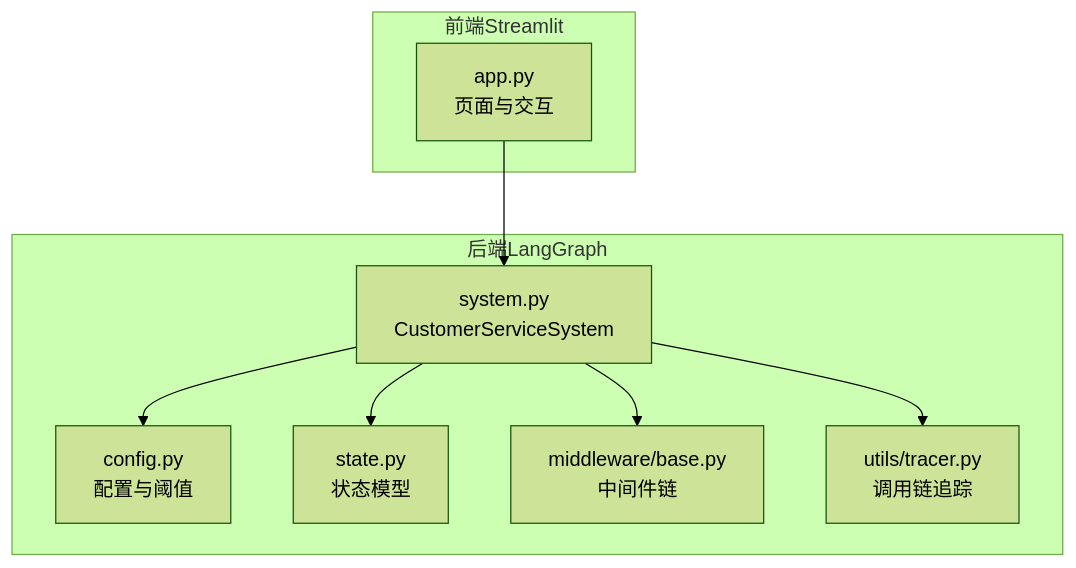
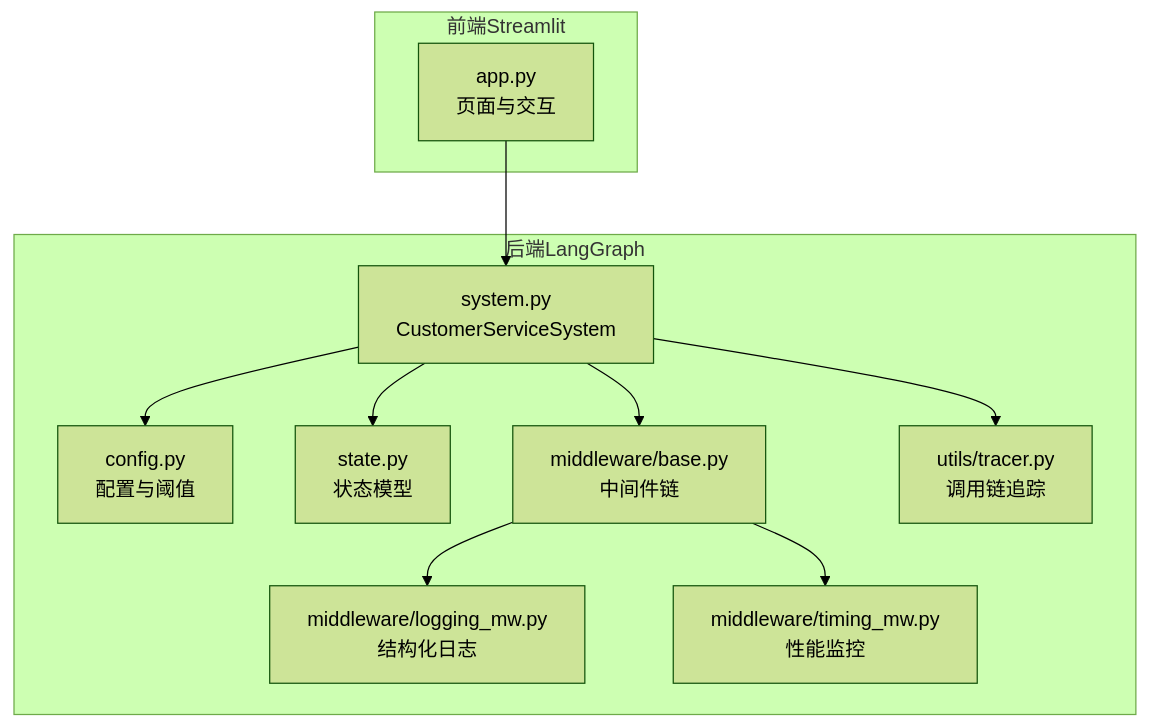
One commit to Yijtu/multi-agent-customer-service changed the first of 4 diagrams in .qoder/repowiki/zh/content/Web界面设计.md. Above: the diagram before and after it, drawn with Mermaid (forest theme). The commit also changed other lines of this file and 28 other files, not shown here.

````diff
--- a/.qoder/repowiki/zh/content/Web界面设计.md
+++ b/.qoder/repowiki/zh/content/Web界面设计.md
@@ -38,18 +48,22 @@
 ```mermaid
 graph TB
 subgraph "前端Streamlit"
 UI["app.py<br/>页面与交互"]
 end
 subgraph "后端LangGraph"
 SYS["system.py<br/>CustomerServiceSystem"]
 CFG["config.py<br/>配置与阈值"]
 STATE["state.py<br/>状态模型"]
 MW["middleware/base.py<br/>中间件链"]
 TRACER["utils/tracer.py<br/>调用链追踪"]
+LOG_MW["middleware/logging_mw.py<br/>结构化日志"]
+TIME_MW["middleware/timing_mw.py<br/>性能监控"]
 end
 UI --> SYS
 SYS --> STATE
 SYS --> CFG
 SYS --> MW
 SYS --> TRACER
+MW --> LOG_MW
+MW --> TIME_MW
 ```
````
